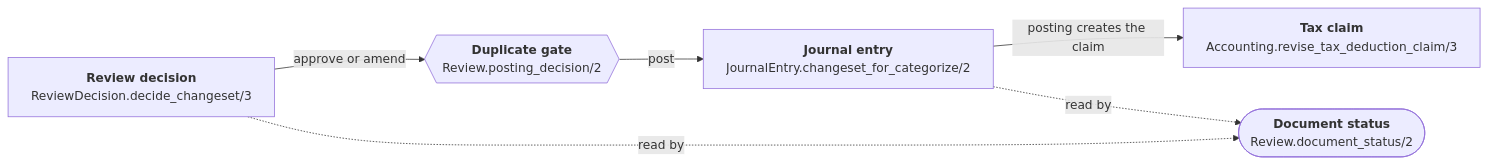
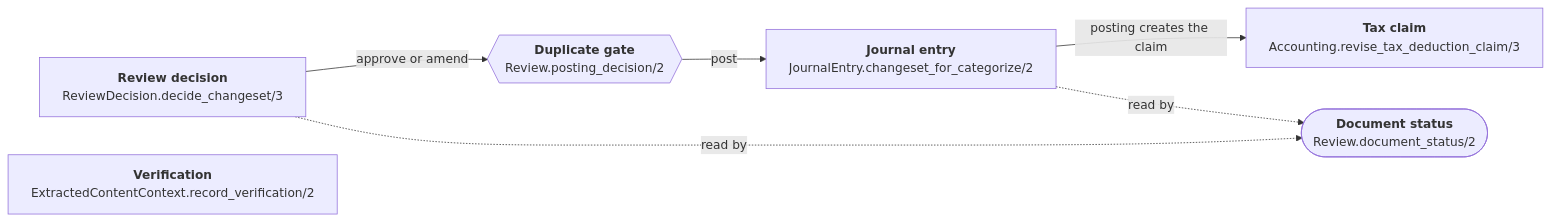
Before and after one commit to acramatte/zaimu-tomo: the eighth of 13 diagrams in docs/architecture.md, drawn with Mermaid. The commit also changed other lines of this file and 24 other files, not shown here.

````diff
--- a/docs/architecture.md
+++ b/docs/architecture.md
@@ -386,14 +397,15 @@
 ```mermaid
 flowchart LR
     review["<b>Review decision</b><br/>ReviewDecision.decide_changeset/3"]
     gate{{"<b>Duplicate gate</b><br/>Review.posting_decision/2"}}
     entry["<b>Journal entry</b><br/>JournalEntry.changeset_for_categorize/2"]
     claim["<b>Tax claim</b><br/>Accounting.revise_tax_deduction_claim/3"]
     status(["<b>Document status</b><br/>Review.document_status/2"])
+    verification["<b>Verification</b><br/>ExtractedContentContext.record_verification/2"]
 
     review -->|"approve or amend"| gate
     gate -->|"post"| entry
     entry -->|"posting creates the claim"| claim
     review -.->|"read by"| status
     entry -.->|"read by"| status
 ```
````
